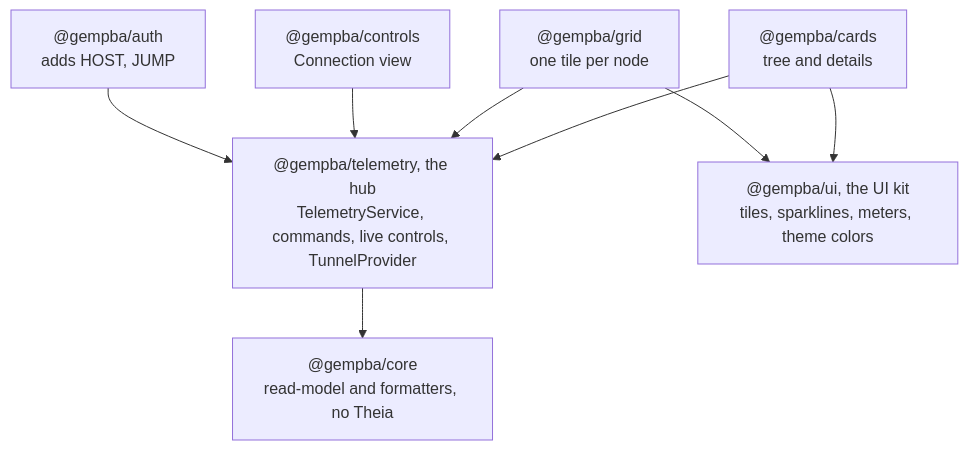
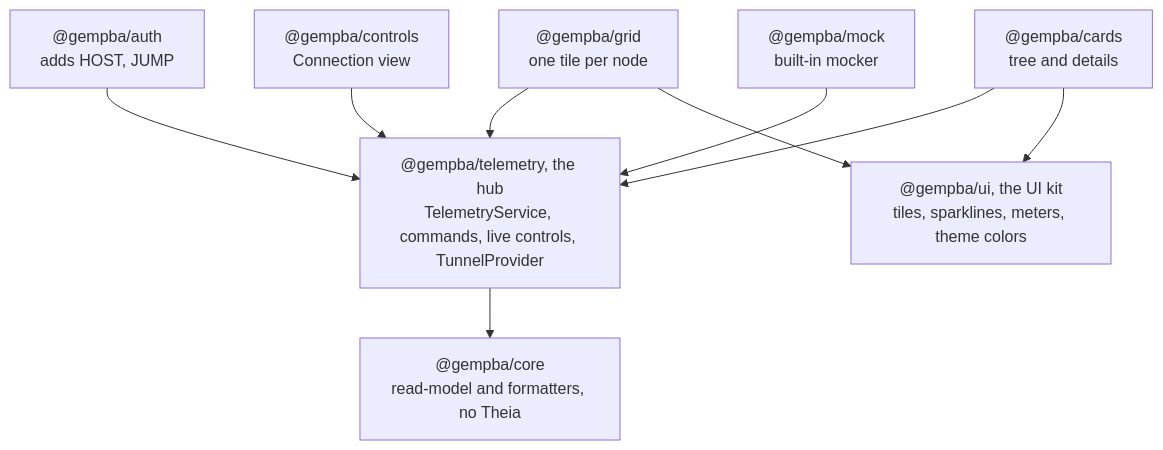
Before and after one commit to rapastranac/gempba-dashboard: the third of 3 diagrams in ARCHITECTURE.md, drawn with Mermaid. The commit also changed other lines of this file, not shown here.

First line of the commit message:
#57 docs: Document the built-in mocker in ARCHITECTURE.md

````diff
--- a/ARCHITECTURE.md
+++ b/ARCHITECTURE.md
@@ -159,17 +163,19 @@
 ```mermaid
 flowchart TB
     auth["@gempba/auth<br/>adds HOST, JUMP"]
     controls["@gempba/controls<br/>Connection view"]
     grid["@gempba/grid<br/>one tile per node"]
     cards["@gempba/cards<br/>tree and details"]
+    mock["@gempba/mock<br/>built-in mocker"]
     telemetry["@gempba/telemetry, the hub<br/>TelemetryService, commands, live controls, TunnelProvider"]
     ui["@gempba/ui, the UI kit<br/>tiles, sparklines, meters, theme colors"]
     core["@gempba/core<br/>read-model and formatters, no Theia"]
     auth --> telemetry
     controls --> telemetry
     grid --> telemetry
     grid --> ui
     cards --> telemetry
     cards --> ui
+    mock --> telemetry
     telemetry --> core
 ```
````
